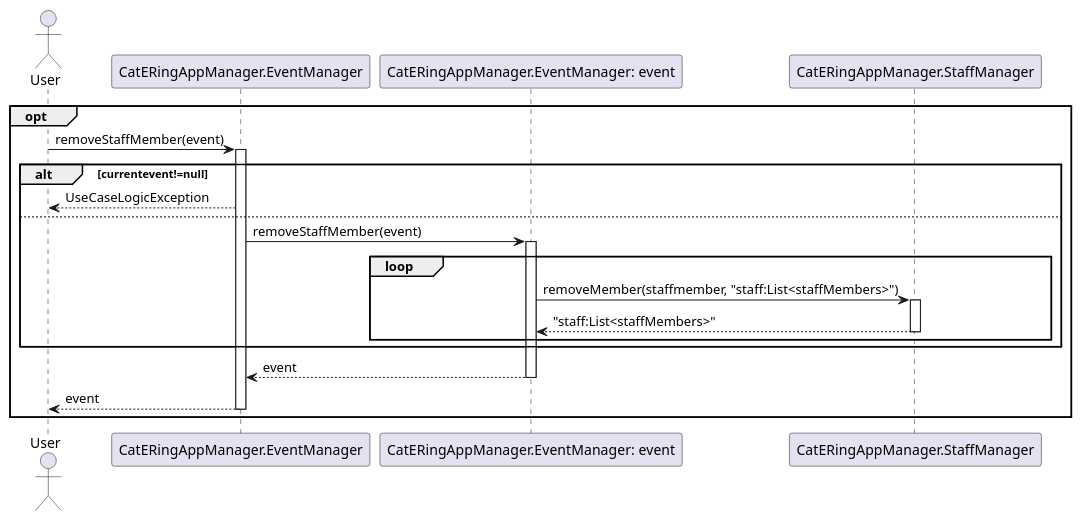
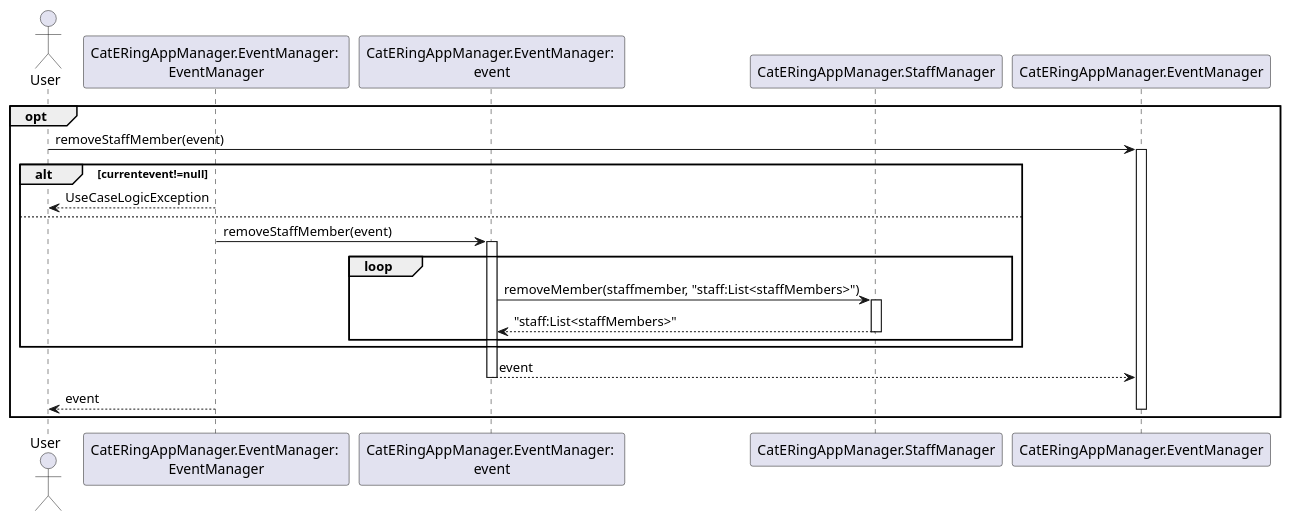
One commit to m0canu1/sas changed the diagram in dsd/dsd-eventi/estensioniEcc/4b-removeStaff.md. Above: the diagram before and after it, drawn with PlantUML. The commit also changed 11 other files, not shown here.

````diff
--- a/dsd/dsd-eventi/estensioniEcc/4b-removeStaff.md
+++ b/dsd/dsd-eventi/estensioniEcc/4b-removeStaff.md
@@ -1,36 +1,36 @@
 ```plantuml
 Actor User
-Participant "CatERingAppManager.EventManager"
-Participant "CatERingAppManager.EventManager: event"
-Participant "CatERingAppManager.StaffManager"
+Participant "CatERingAppManager.EventManager: \nEventManager" as EM 
+Participant "CatERingAppManager.EventManager: \nevent" as E
+Participant "CatERingAppManager.StaffManager" as SM
 
 opt
     User -> "CatERingAppManager.EventManager": removeStaffMember(event)
     Activate "CatERingAppManager.EventManager"
     
     alt currentevent!=null
-        "CatERingAppManager.EventManager" --> User: UseCaseLogicException
+        EM--> User: UseCaseLogicException
     else
-        "CatERingAppManager.EventManager" -> "CatERingAppManager.EventManager: event": removeStaffMember(event)
-        Activate "CatERingAppManager.EventManager: event"
+        EM-> E: removeStaffMember(event)
+        Activate E
         loop            
-            "CatERingAppManager.EventManager: event" -> "CatERingAppManager.StaffManager": removeMember(staffmember, "staff:List<staffMembers>")
-             Activate "CatERingAppManager.StaffManager"
+            E -> SM: removeMember(staffmember, "staff:List<staffMembers>")
+             Activate SM
 
-            "CatERingAppManager.StaffManager" --> "CatERingAppManager.EventManager: event": "staff:List<staffMembers>"
-        Deactivate "CatERingAppManager.StaffManager"
+            SM --> E: "staff:List<staffMembers>"
+        Deactivate SM
        end
        
         
     end
-    Deactivate "CatERingAppManager.StaffManager"
-    "CatERingAppManager.EventManager: event" --> "CatERingAppManager.EventManager": event
-    Deactivate "CatERingAppManager.EventManager: event"
-    "CatERingAppManager.EventManager" --> User: event
+    Deactivate SM
+    E --> "CatERingAppManager.EventManager": event
+    Deactivate E
+    EM--> User: event
     Deactivate "CatERingAppManager.EventManager"
 end
 
 
 
 
 ```
````
